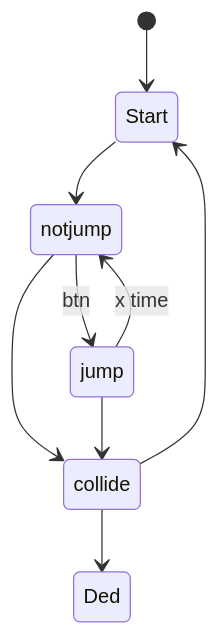
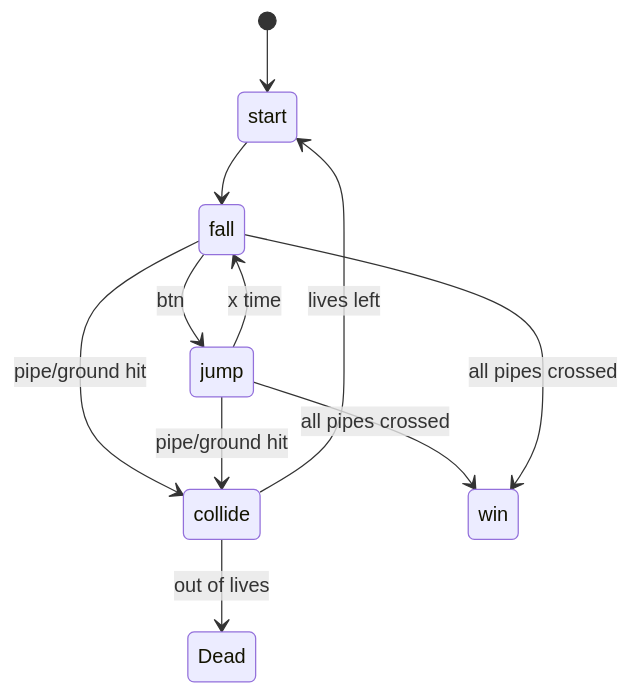
One commit to ShaunKyle/FPGA-Flappy-Bird changed the diagram in docs/game_state-machine.mmd. Above: the diagram before and after it, drawn with Mermaid. The commit also changed other lines of this file and 2 other files, not shown here.

```diff
--- a/docs/game_state-machine.mmd
+++ b/docs/game_state-machine.mmd
@@ -1,19 +1,15 @@
 stateDiagram
-    [*] --> Start
+    [*] --> start
     %%Background/pipes etc start moving
 
-    Start --> notjump
-    notjump --> jump : btn
-    jump --> notjump : x time
+    start --> fall
+    fall --> jump : btn
+    jump --> fall : x time
 
-    notjump --> collide
-    jump --> collide
+    fall --> collide : pipe/ground hit
+    jump --> collide : pipe/ground hit
+    jump --> win : all pipes crossed
+    fall --> win : all pipes crossed
 
-    collide --> Start
-    collide --> Ded
-
-    jump
-
-    notjump
-
-    collide
+    collide --> start : lives left
+    collide --> Dead : out of lives
```
